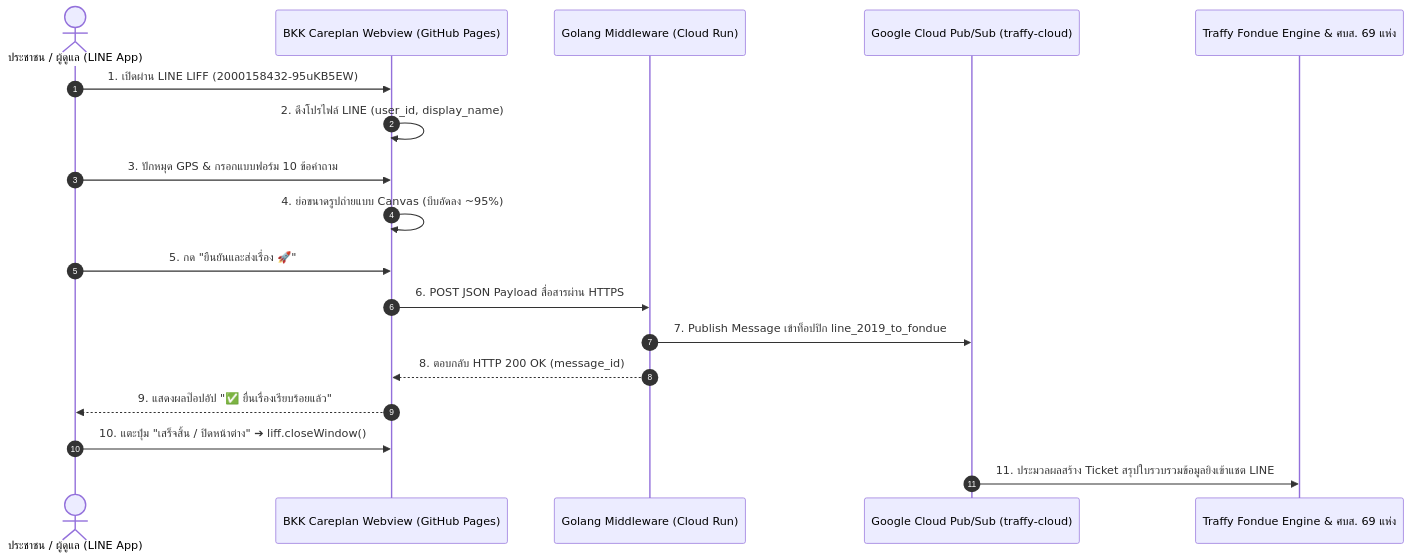
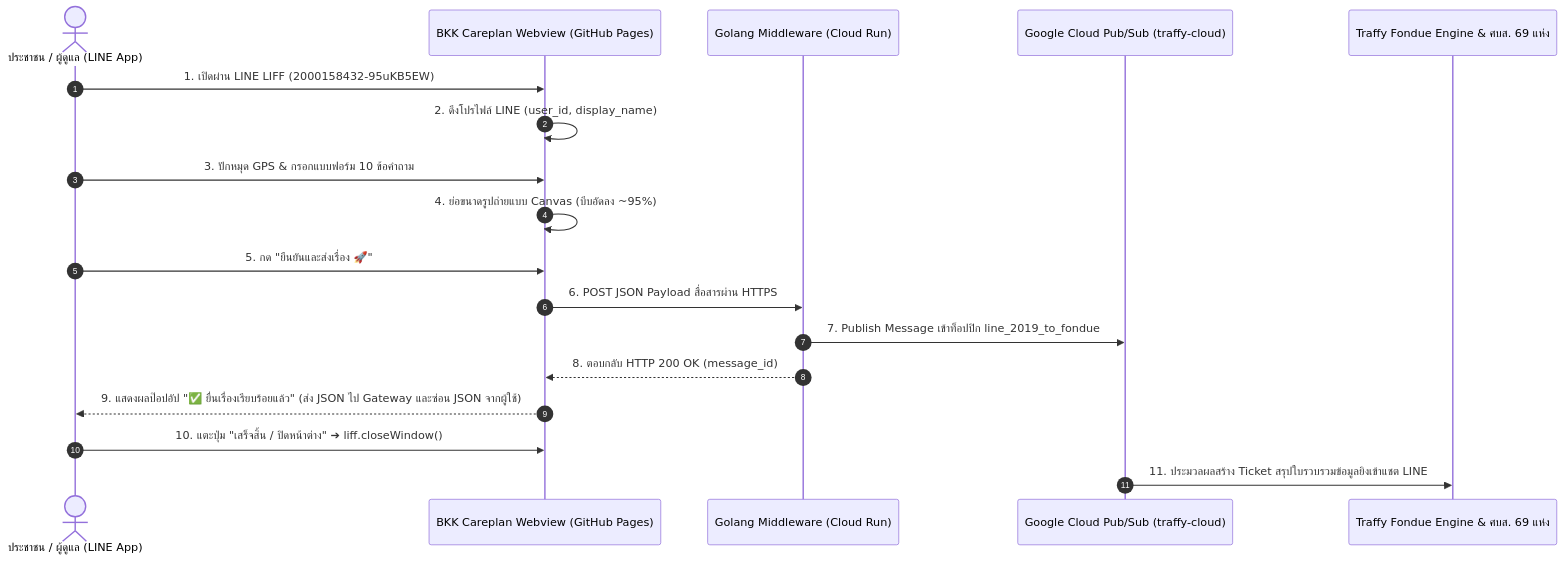
The diagram in HANDOFF.md (traffy-nectec/bkk-careplan), drawn with Mermaid before and after one commit. The commit also changed other lines of this file and 5 other files, not shown here.

````diff
--- a/HANDOFF.md
+++ b/HANDOFF.md
@@ -40,21 +40,21 @@
 ```mermaid
 sequenceDiagram
     autonumber
     actor User as ประชาชน / ผู้ดูแล (LINE App)
     participant LIFF as BKK Careplan Webview (GitHub Pages)
     participant Gateway as Golang Middleware (Cloud Run)
     participant PubSub as Google Cloud Pub/Sub (traffy-cloud)
     participant Fondue as Traffy Fondue Engine & ศบส. 69 แห่ง
 
     User->>LIFF: 1. เปิดผ่าน LINE LIFF (2000158432-95uKB5EW)
     LIFF->>LIFF: 2. ดึงโปรไฟล์ LINE (user_id, display_name)
     User->>LIFF: 3. ปักหมุด GPS & กรอกแบบฟอร์ม 10 ข้อคำถาม
     LIFF->>LIFF: 4. ย่อขนาดรูปถ่ายแบบ Canvas (บีบอัดลง ~95%)
     User->>LIFF: 5. กด "ยืนยันและส่งเรื่อง 🚀"
     LIFF->>Gateway: 6. POST JSON Payload สื่อสารผ่าน HTTPS
     Gateway->>PubSub: 7. Publish Message เข้าท็อปปิก line_2019_to_fondue
     Gateway-->>LIFF: 8. ตอบกลับ HTTP 200 OK (message_id)
-    LIFF-->>User: 9. แสดงผลป๊อปอัป "✅ ยื่นเรื่องเรียบร้อยแล้ว"
+    LIFF-->>User: 9. แสดงผลป๊อปอัป "✅ ยื่นเรื่องเรียบร้อยแล้ว" (ส่ง JSON ไป Gateway และซ่อน JSON จากผู้ใช้)
     User->>LIFF: 10. แตะปุ่ม "เสร็จสิ้น / ปิดหน้าต่าง" ➔ liff.closeWindow()
     PubSub->>Fondue: 11. ประมวลผลสร้าง Ticket สรุปใบรวบรวมข้อมูลยิงเข้าแชต LINE
 ```
````
